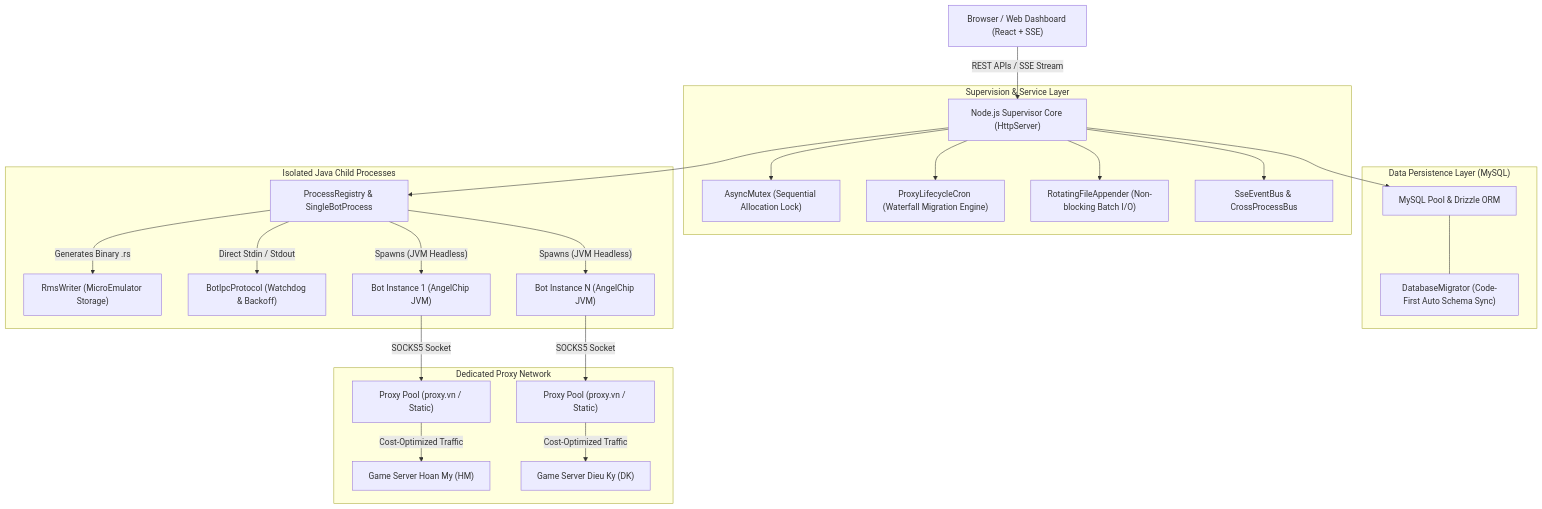
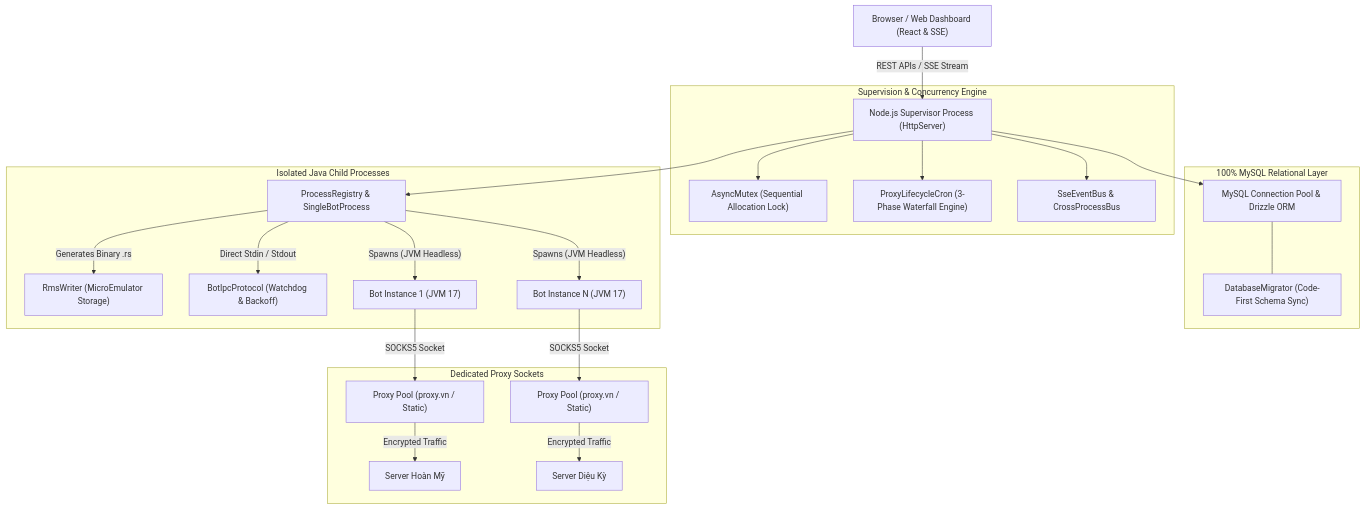
Before and after one commit to hoangfhisp/auto-server-manager-avatar2d-angleChip: the diagram in README.md, drawn with Mermaid. The commit also changed other lines of this file and 70 other files, not shown here.

First line of the commit message:
Revert "fix(bot,backend,ui): harden auto-login & socket reconnect, persist au…" (#23)

````diff
--- a/README.md
+++ b/README.md
@@ -164,31 +43,30 @@
 ```mermaid
 graph TD
-    Client["Browser / Web Dashboard (React + SSE)"] -->|"REST APIs / SSE Stream"| NodeServer["Node.js Supervisor Core (HttpServer)"]
+    Client["Browser / Web Dashboard (React & SSE)"] -->|"REST APIs / SSE Stream"| NodeServer["Node.js Supervisor Process (HttpServer)"]
     
-    subgraph CoreSupervisor ["Supervision & Service Layer"]
+    subgraph CoreSupervisor ["Supervision & Concurrency Engine"]
         NodeServer --> Mutex["AsyncMutex (Sequential Allocation Lock)"]
-        NodeServer --> Cron["ProxyLifecycleCron (Waterfall Migration Engine)"]
-        NodeServer --> LogAppender["RotatingFileAppender (Non-blocking Batch I/O)"]
+        NodeServer --> Cron["ProxyLifecycleCron (3-Phase Waterfall Engine)"]
         NodeServer --> Bus["SseEventBus & CrossProcessBus"]
     end
     
-    subgraph DataLayer ["Data Persistence Layer (MySQL)"]
-        NodeServer --> DB["MySQL Pool & Drizzle ORM"]
-        DB --- Migrator["DatabaseMigrator (Code-First Auto Schema Sync)"]
+    subgraph DataLayer ["100% MySQL Relational Layer"]
+        NodeServer --> DB["MySQL Connection Pool & Drizzle ORM"]
+        DB --- Migrator["DatabaseMigrator (Code-First Schema Sync)"]
     end
     
     subgraph BotExecutionLayer ["Isolated Java Child Processes"]
         NodeServer --> ProcMgr["ProcessRegistry & SingleBotProcess"]
         ProcMgr -->|"Generates Binary .rs"| RMS["RmsWriter (MicroEmulator Storage)"]
         ProcMgr -->|"Direct Stdin / Stdout"| IPC["BotIpcProtocol (Watchdog & Backoff)"]
-        ProcMgr -->|"Spawns (JVM Headless)"| JavaBot1["Bot Instance 1 (AngelChip JVM)"]
-        ProcMgr -->|"Spawns (JVM Headless)"| JavaBotN["Bot Instance N (AngelChip JVM)"]
+        ProcMgr -->|"Spawns (JVM Headless)"| JavaBot1["Bot Instance 1 (JVM 17)"]
+        ProcMgr -->|"Spawns (JVM Headless)"| JavaBotN["Bot Instance N (JVM 17)"]
     end
     
-    subgraph NetworkRouting ["Dedicated Proxy Network"]
+    subgraph NetworkRouting ["Dedicated Proxy Sockets"]
         JavaBot1 -->|"SOCKS5 Socket"| Proxy1["Proxy Pool (proxy.vn / Static)"]
         JavaBotN -->|"SOCKS5 Socket"| ProxyN["Proxy Pool (proxy.vn / Static)"]
-        Proxy1 -->|"Cost-Optimized Traffic"| ServerHM["Game Server Hoan My (HM)"]
-        ProxyN -->|"Cost-Optimized Traffic"| ServerDK["Game Server Dieu Ky (DK)"]
+        Proxy1 -->|"Encrypted Traffic"| ServerHM["Server Hoàn Mỹ"]
+        ProxyN -->|"Encrypted Traffic"| ServerDK["Server Diệu Kỳ"]
     end
 ```
````
